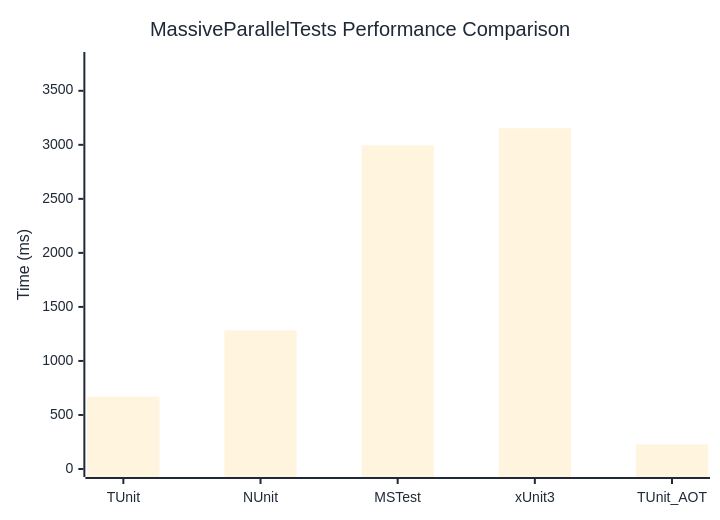
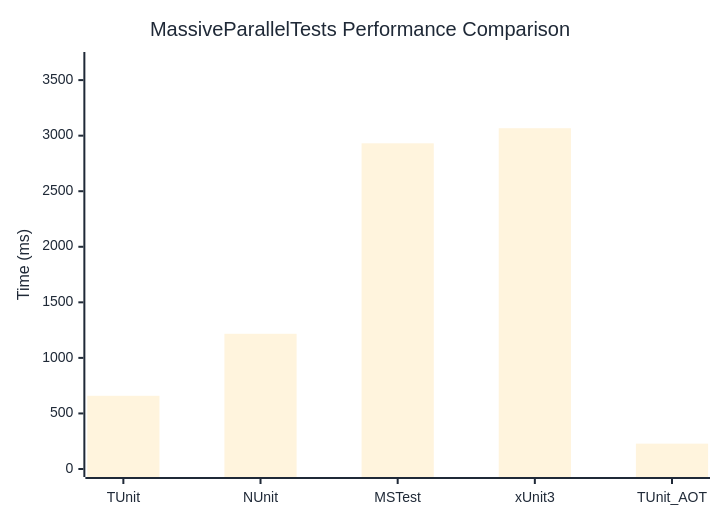
The diagram in docs/docs/benchmarks/MassiveParallelTests.md (thomhurst/TUnit), drawn with Mermaid before and after one commit. The commit also changed other lines of this file and 17 other files, not shown here.

````diff
--- a/docs/docs/benchmarks/MassiveParallelTests.md
+++ b/docs/docs/benchmarks/MassiveParallelTests.md
@@ -27,37 +27,37 @@
 ```mermaid
 %%{init: {
   'theme':'base',
   'themeVariables': {
     'primaryColor': '#2563eb',
     'primaryTextColor': '#1f2937',
     'primaryBorderColor': '#1e40af',
     'lineColor': '#6b7280',
     'secondaryColor': '#7c3aed',
     'tertiaryColor': '#dc2626',
     'background': '#ffffff',
     'mainBkg': '#2563eb',
     'secondBkg': '#7c3aed',
     'tertiaryBkg': '#dc2626',
     'clusterBkg': '#f3f4f6',
     'edgeLabelBackground': '#ffffff',
     'tertiaryTextColor': '#1f2937',
     'pie1': '#2563eb',
     'pie2': '#7c3aed',
     'pie3': '#dc2626',
     'pie4': '#f59e0b',
     'pie5': '#10b981',
     'pie6': '#06b6d4',
     'pie7': '#ec4899',
     'pie8': '#6366f1',
     'pie9': '#84cc16',
     'pie10': '#f97316',
     'pie11': '#14b8a6',
     'pie12': '#a855f7'
   }
 }}%%
 xychart-beta
   title "MassiveParallelTests Performance Comparison"
   x-axis ["TUnit", "NUnit", "MSTest", "xUnit3", "TUnit_AOT"]
-  y-axis "Time (ms)" 0 --> 3785
-  bar [668.7, 1282.4, 2994.7, 3154.1, 227.3]
+  y-axis "Time (ms)" 0 --> 3681
+  bar [659, 1216.8, 2931.2, 3067, 228.2]
 ```
````
